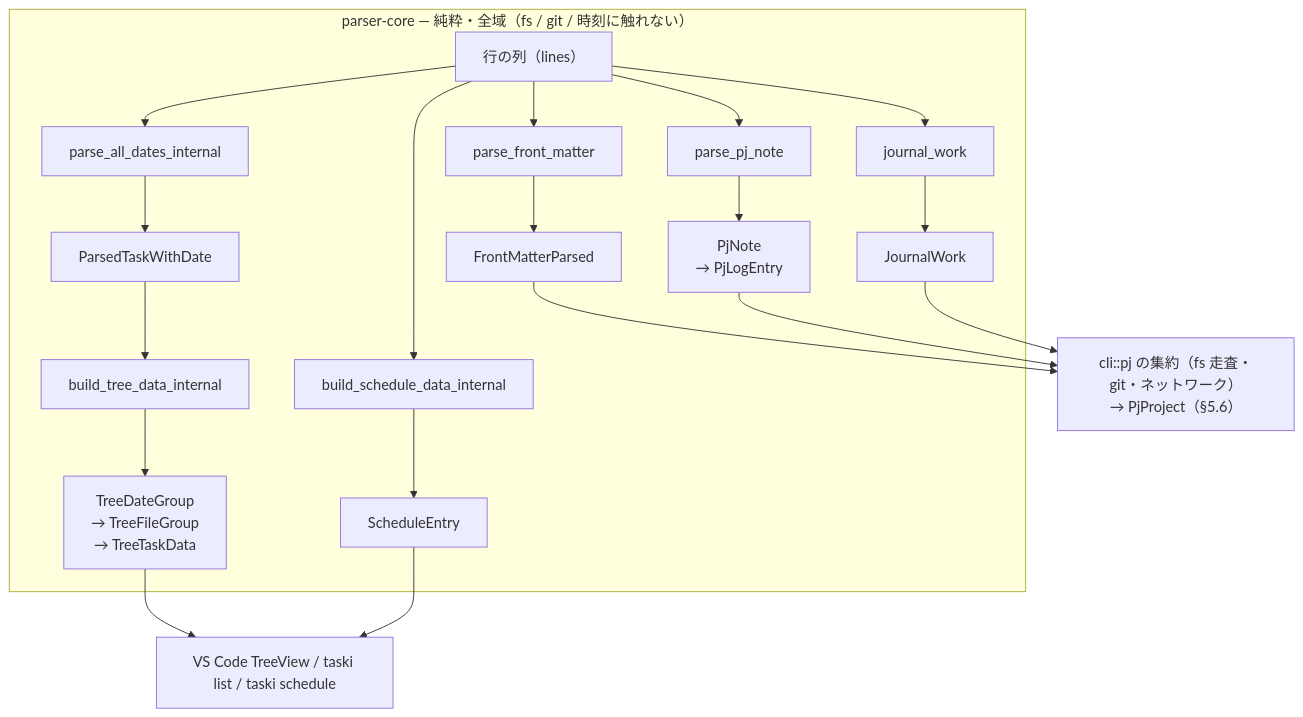
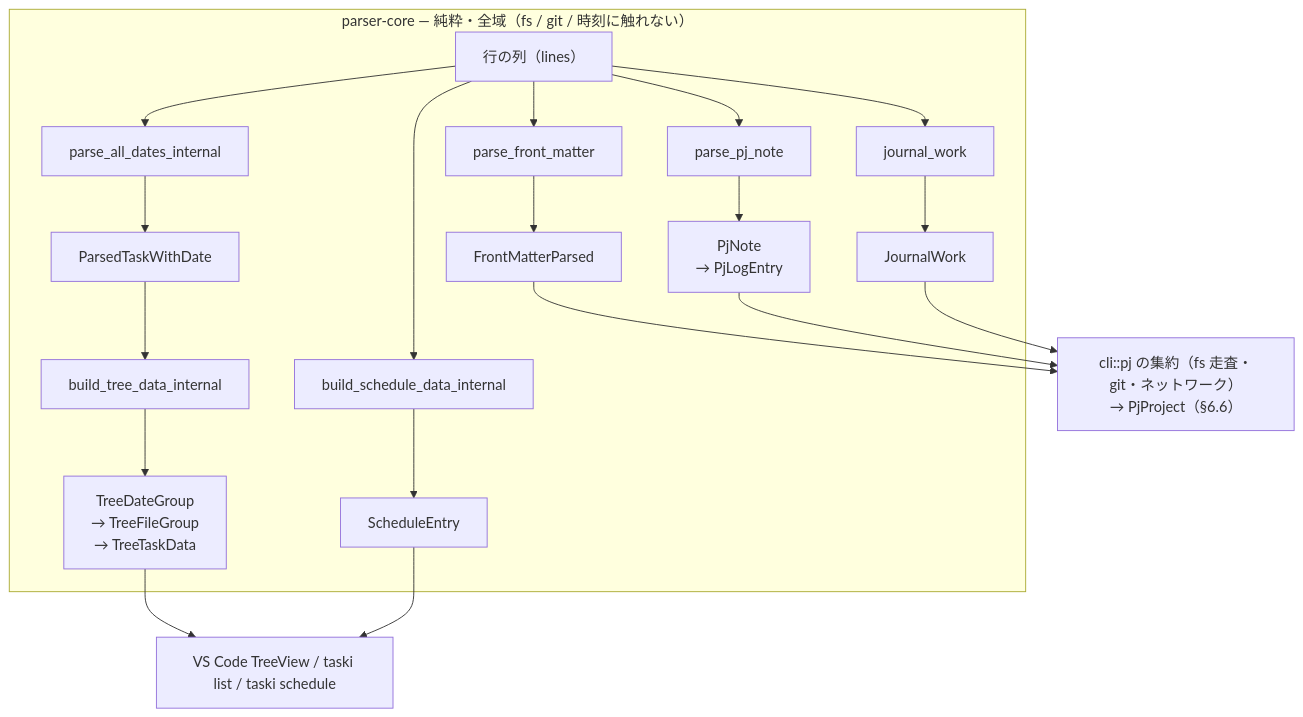
Before and after one commit to firstforest/daily-task-logger: the third of 10 diagrams in docs/design.md, drawn with Mermaid. The commit also changed other lines of this file and 1 other file, not shown here.

````diff
--- a/docs/design.md
+++ b/docs/design.md
@@ -123,17 +315,17 @@
 ```mermaid
 flowchart TB
     subgraph core["parser-core — 純粋・全域（fs / git / 時刻に触れない）"]
         L["行の列（lines）"]
         L --> A1["parse_all_dates_internal"] --> T1["ParsedTaskWithDate"] --> B1["build_tree_data_internal"] --> T5["TreeDateGroup<br/>→ TreeFileGroup<br/>→ TreeTaskData"]
         L --> A2["build_schedule_data_internal"] --> T2["ScheduleEntry"]
         L --> A5["parse_front_matter"] --> T6["FrontMatterParsed"]
         L --> A3["parse_pj_note"] --> T3["PjNote<br/>→ PjLogEntry"]
         L --> A4["journal_work"] --> T4["JournalWork"]
     end
 
     T5 --> UI["VS Code TreeView / taski list / taski schedule"]
     T2 --> UI
-    T6 --> AGG["cli::pj の集約（fs 走査・git・ネットワーク）<br/>→ PjProject（§5.6）"]
+    T6 --> AGG["cli::pj の集約（fs 走査・git・ネットワーク）<br/>→ PjProject（§6.6）"]
     T3 --> AGG
     T4 --> AGG
 ```
````
